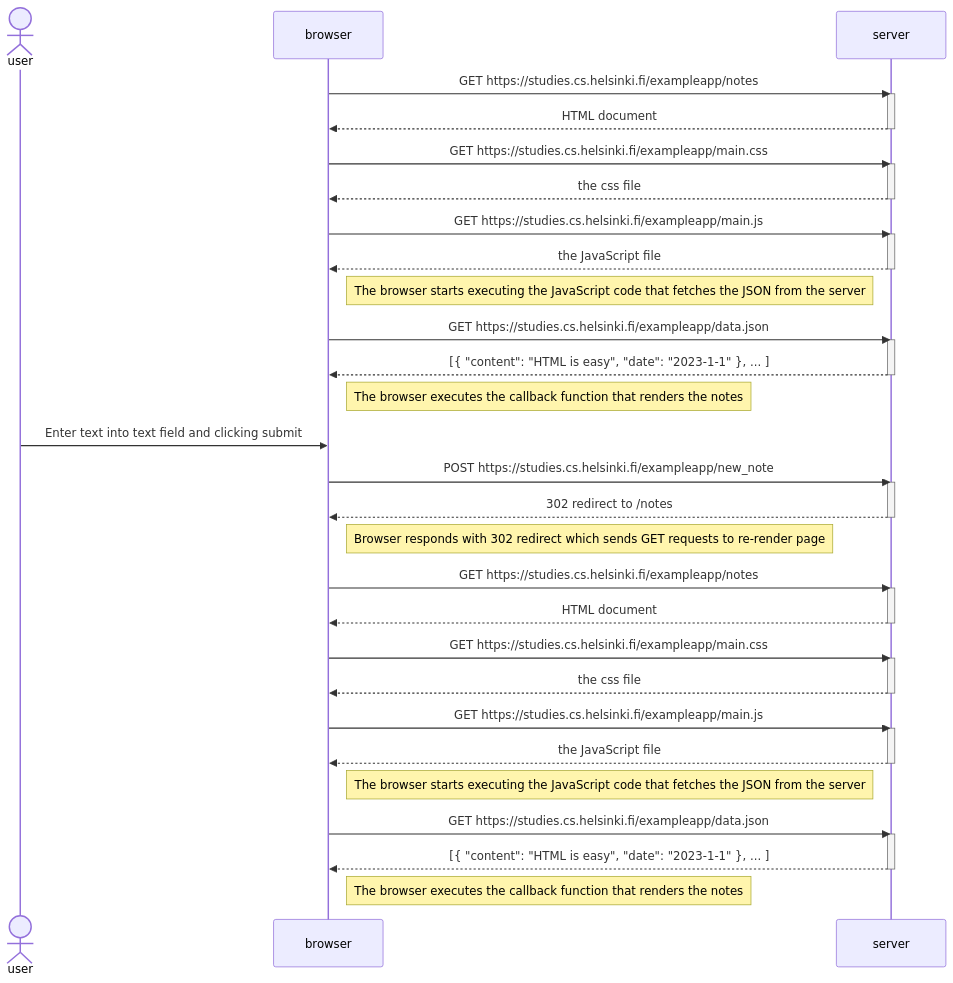
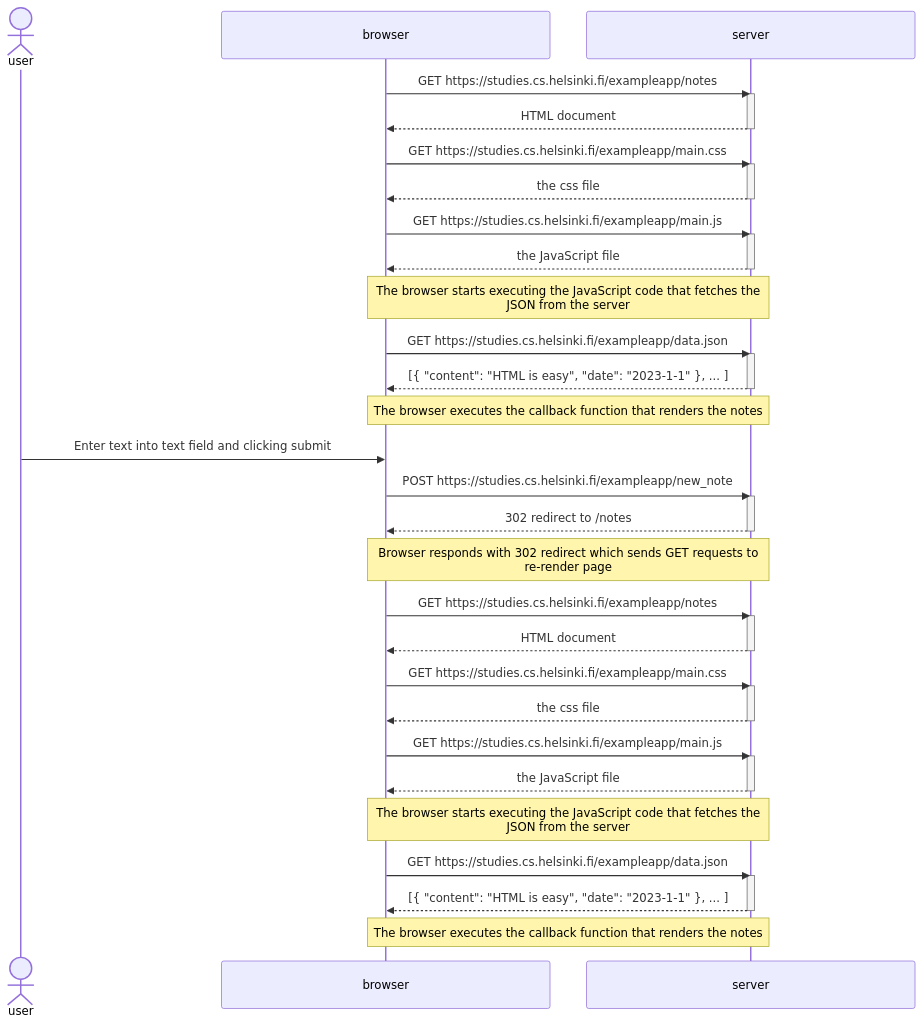
Before and after one commit to austintriggs/FullStackOpen-Exercises: the first of 3 diagrams in part0.md, drawn with Mermaid. The commit also changed other lines of this file, not shown here.

````diff
--- a/part0.md
+++ b/part0.md
@@ -13,62 +13,64 @@
 ```mermaid
 sequenceDiagram
+%%{init: { "sequence": { "wrap": true, "width":450 } } }%%
+
     actor user
     participant browser
     participant server
     
     browser->>server: GET https://studies.cs.helsinki.fi/exampleapp/notes
     activate server
     server-->>browser: HTML document
     deactivate server
     
     browser->>server: GET https://studies.cs.helsinki.fi/exampleapp/main.css
     activate server
     server-->>browser: the css file
     deactivate server
     
     browser->>server: GET https://studies.cs.helsinki.fi/exampleapp/main.js
     activate server
     server-->>browser: the JavaScript file
     deactivate server
     
-    Note right of browser: The browser starts executing the JavaScript code that fetches the JSON from the server
+    Note over browser,server: The browser starts executing the JavaScript code that fetches the JSON from the server
     
     browser->>server: GET https://studies.cs.helsinki.fi/exampleapp/data.json
     activate server
     server-->>browser: [{ "content": "HTML is easy", "date": "2023-1-1" }, ... ]
     deactivate server    
 
-    Note right of browser: The browser executes the callback function that renders the notes 
+    Note over browser,server: The browser executes the callback function that renders the notes 
 
     user->>browser: Enter text into text field and clicking submit
     browser->>server: POST https://studies.cs.helsinki.fi/exampleapp/new_note
     activate server
     server-->>browser: 302 redirect to /notes
     deactivate server
 
-    Note right of browser: Browser responds with 302 redirect which sends GET requests to re-render page 
+    Note over browser,server: Browser responds with 302 redirect which sends GET requests to re-render page 
 
     browser->>server: GET https://studies.cs.helsinki.fi/exampleapp/notes
     activate server
     server-->>browser: HTML document
     deactivate server
 
     browser->>server: GET https://studies.cs.helsinki.fi/exampleapp/main.css
     activate server
     server-->>browser: the css file
     deactivate server
 
     browser->>server: GET https://studies.cs.helsinki.fi/exampleapp/main.js
     activate server
     server-->>browser: the JavaScript file
     deactivate server
 
-    Note right of browser: The browser starts executing the JavaScript code that fetches the JSON from the server
+    Note over browser,server: The browser starts executing the JavaScript code that fetches the JSON from the server
     
     browser->>server: GET https://studies.cs.helsinki.fi/exampleapp/data.json
     activate server
     server-->>browser: [{ "content": "HTML is easy", "date": "2023-1-1" }, ... ]
     deactivate server
 
-    Note right of browser: The browser executes the callback function that renders the notes
+    Note over browser,server: The browser executes the callback function that renders the notes
 ```
````
